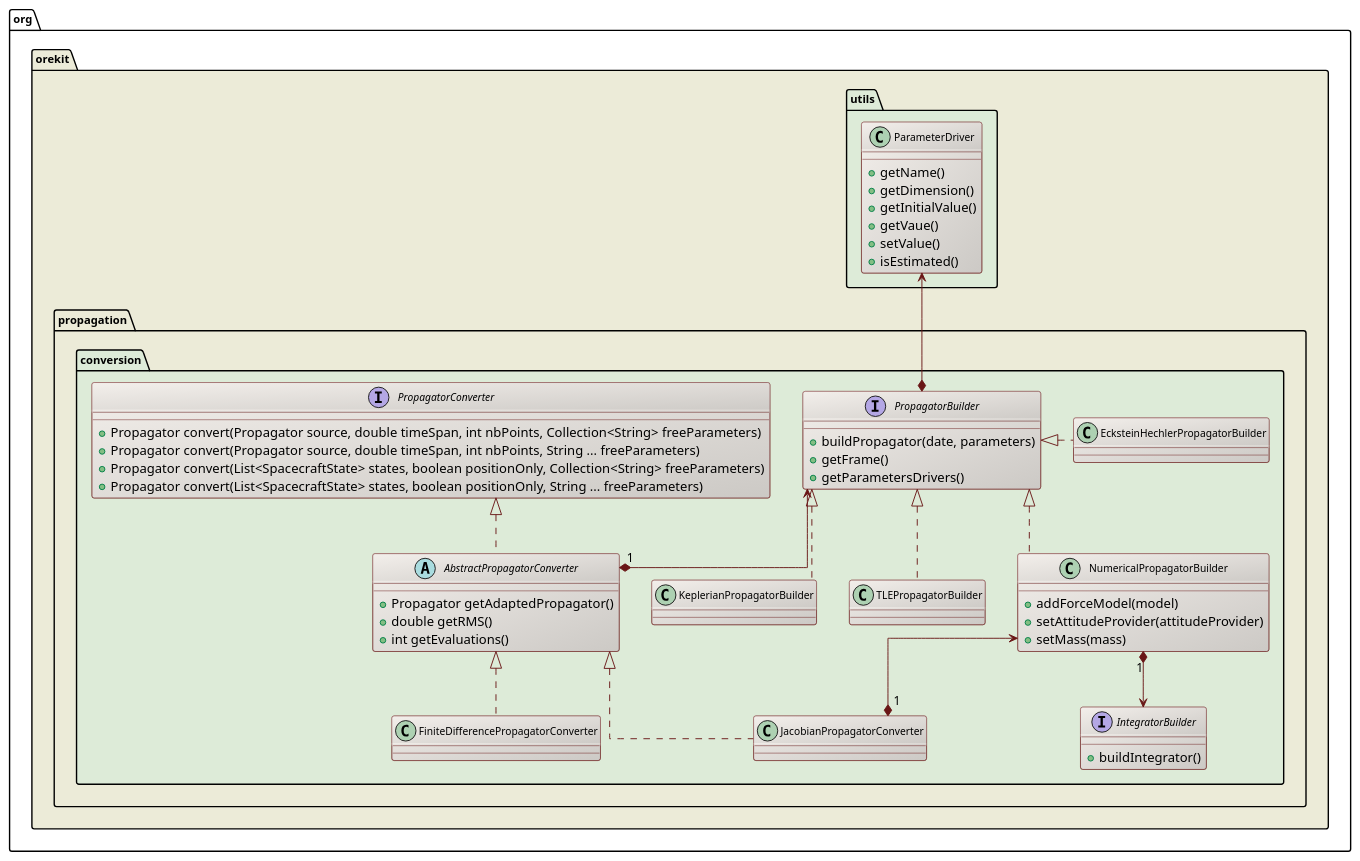
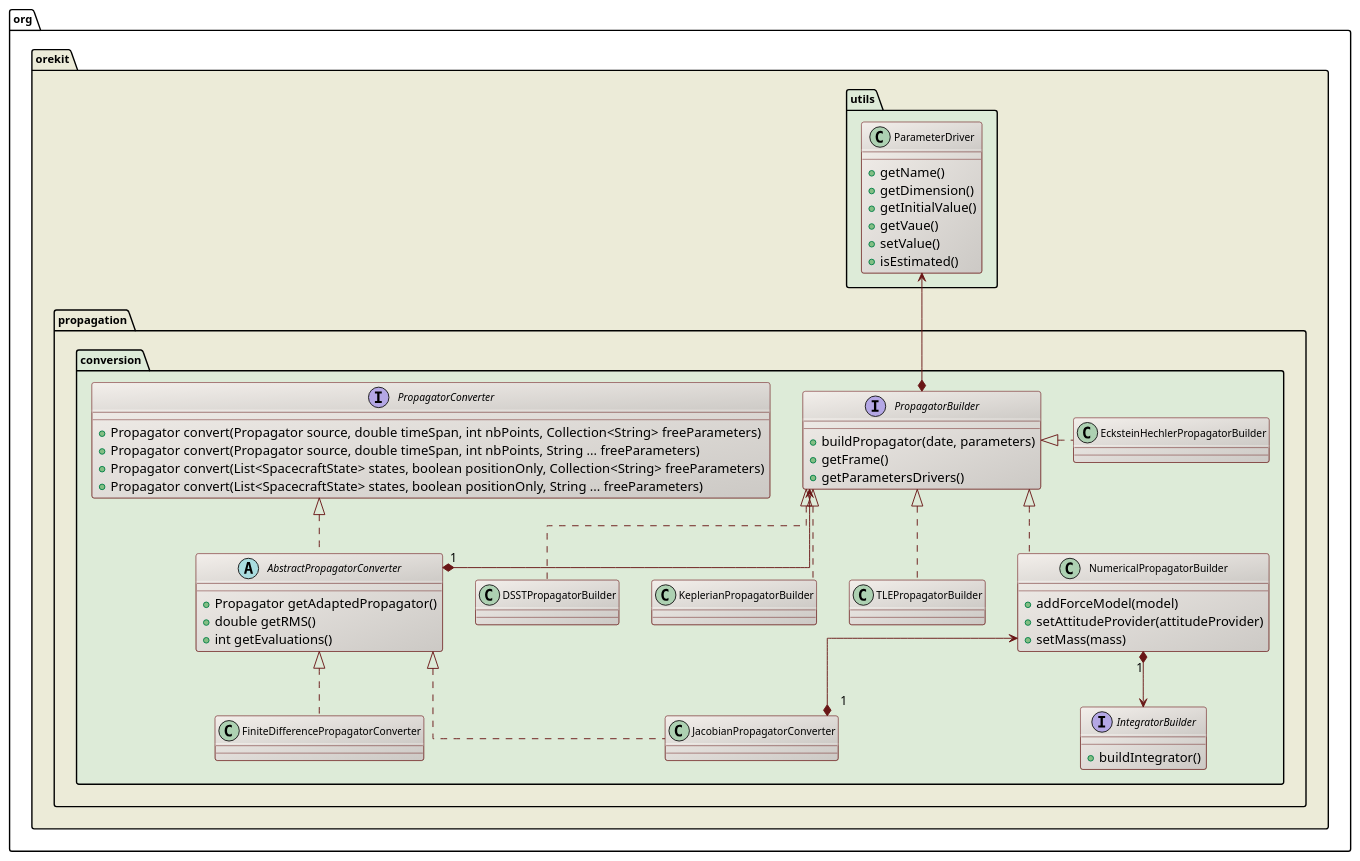
One commit to CS-SI/Orekit changed the diagram in src/design/propagator-conversion-class-diagram.puml. Above: the diagram before and after it, drawn with PlantUML. The commit also changed 7 other files, not shown here.

Commit message:
Updated UML diagrams with last changes.

```diff
--- a/src/design/propagator-conversion-class-diagram.puml
+++ b/src/design/propagator-conversion-class-diagram.puml
@@ -17,84 +17,86 @@
 @startuml
 
   skinparam svek                  true
   skinparam ClassBackgroundColor  #F3EFEB/CCC9C5
   skinparam ClassArrowColor       #691616
   skinparam ClassBorderColor      #691616
   skinparam NoteBackgroundColor   #F3EFEB
   skinparam NoteBorderColor       #691616
   skinparam NoteFontColor         #691616
   skinparam ClassFontSize         11
   skinparam PackageFontSize       12
   skinparam linetype              ortho
 
   package org.orekit #ECEBD8 {
     package utils #DDEBD8 {
       class ParameterDriver {
         +getName()
         +getDimension()
         +getInitialValue()
         +getVaue()
         +setValue()
         +isEstimated()
       }
     }
 
     package propagation.conversion #DDEBD8 {
 
       interface PropagatorBuilder {
         +buildPropagator(date, parameters)
         +getFrame()
         +getParametersDrivers()
       }
 
       class NumericalPropagatorBuilder {
         +addForceModel(model)
         +setAttitudeProvider(attitudeProvider)
         +setMass(mass)
       }
 
+      class DSSTPropagatorBuilder
       class KeplerianPropagatorBuilder
       class TLEPropagatorBuilder
       class EcksteinHechlerPropagatorBuilder
 
       interface PropagatorConverter {
         +Propagator convert(Propagator source, double timeSpan, int nbPoints, Collection<String> freeParameters)
         +Propagator convert(Propagator source, double timeSpan, int nbPoints, String ... freeParameters)
         +Propagator convert(List<SpacecraftState> states, boolean positionOnly, Collection<String> freeParameters)
         +Propagator convert(List<SpacecraftState> states, boolean positionOnly, String ... freeParameters)
       }
 
       abstract class AbstractPropagatorConverter {
         +Propagator getAdaptedPropagator()
         +double getRMS()
         +int getEvaluations()
       }
 
       class FiniteDifferencePropagatorConverter
       class JacobianPropagatorConverter
 
       interface IntegratorBuilder {
         +buildIntegrator()
       }
 
       NumericalPropagatorBuilder <-* "1" JacobianPropagatorConverter
 
       NumericalPropagatorBuilder "1" *--> IntegratorBuilder
 
       ParameterDriver  <--* PropagatorBuilder
       PropagatorBuilder <|.. NumericalPropagatorBuilder
       PropagatorBuilder <|.. KeplerianPropagatorBuilder
       PropagatorBuilder <|.. TLEPropagatorBuilder
+      PropagatorBuilder <|.. DSSTPropagatorBuilder
       PropagatorBuilder <|.right. EcksteinHechlerPropagatorBuilder
 
       PropagatorConverter <|.. AbstractPropagatorConverter
       AbstractPropagatorConverter <|.. JacobianPropagatorConverter
       AbstractPropagatorConverter <|.. FiniteDifferencePropagatorConverter
 
       PropagatorBuilder <--* "1" AbstractPropagatorConverter
 
     }
   }
 
 
 @enduml
```
